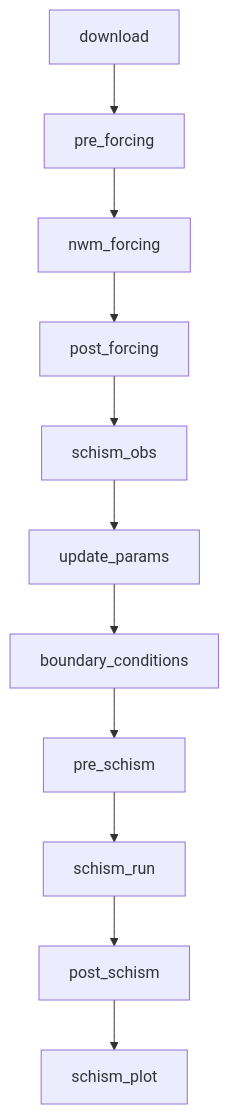
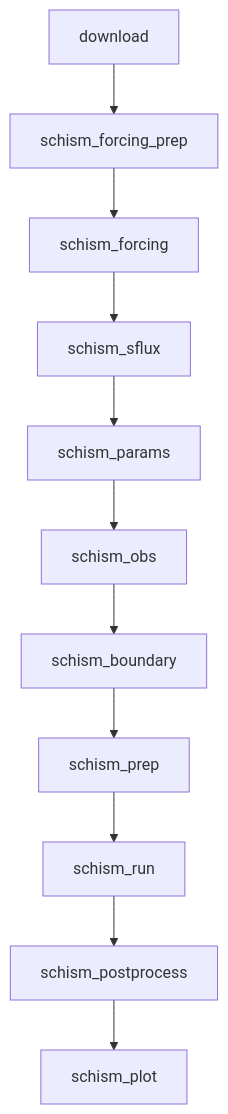
One commit to NGWPC/nwm-coastal changed the first of 3 diagrams in docs/user-guide/workflow-stages.md. Above: the diagram before and after it, drawn with Mermaid. The commit also changed other lines of this file and 25 other files, not shown here.

````diff
--- a/docs/user-guide/workflow-stages.md
+++ b/docs/user-guide/workflow-stages.md
@@ -13,13 +13,13 @@
 ```mermaid
 flowchart TD
-    A[download] --> B[pre_forcing]
-    B --> C[nwm_forcing]
-    C --> D[post_forcing]
-    D --> E[schism_obs]
-    E --> F[update_params]
-    F --> G[boundary_conditions]
-    G --> H[pre_schism]
+    A[download] --> B[schism_forcing_prep]
+    B --> C[schism_forcing]
+    C --> D[schism_sflux]
+    D --> E[schism_params]
+    E --> F[schism_obs]
+    F --> G[schism_boundary]
+    G --> H[schism_prep]
     H --> I[schism_run]
-    I --> J[post_schism]
+    I --> J[schism_postprocess]
     J --> K[schism_plot]
 ```
````
